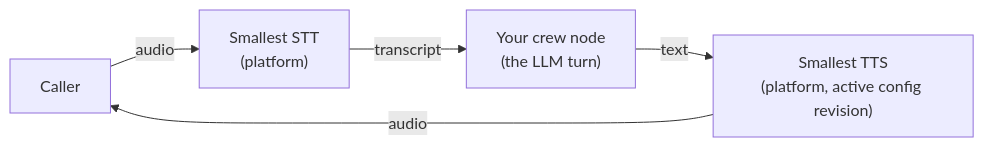
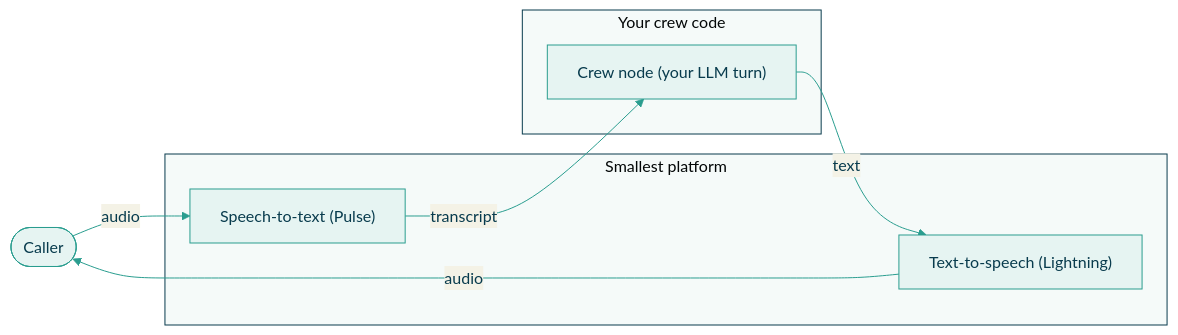
One commit to smallest-inc/smallest-ai-documentation changed the first of 2 diagrams in fern/products/atoms/pages/dev/introduction/overview.mdx. Above: the diagram before and after it, drawn with Mermaid. The commit also changed other lines of this file, not shown here.

First paragraph of the commit message:
docs(overview): add two themed mermaid diagrams
Replaces the earlier untitled linear-pipeline diagram at the top of
the page with two purpose-built diagrams, each placed under the
section it illustrates:

````diff
--- a/fern/products/atoms/pages/dev/introduction/overview.mdx
+++ b/fern/products/atoms/pages/dev/introduction/overview.mdx
@@ -10,11 +14,16 @@
 ```mermaid
-graph LR
-  Caller["Caller"]
-  STT["Smallest STT<br/>(platform)"]
-  Node["Your crew node<br/>(the LLM turn)"]
-  TTS["Smallest TTS<br/>(platform, active config revision)"]
-  Caller -->|audio| STT
-  STT -->|transcript| Node
-  Node -->|text| TTS
-  TTS -->|audio| Caller
+%%{init: {'theme':'base', 'themeVariables': {'primaryColor':'#e6f4f2','primaryBorderColor':'#2A9D8F','primaryTextColor':'#083b4d','lineColor':'#2A9D8F','clusterBkg':'#f5faf9','clusterBorder':'#083b4d','fontFamily':'Inter, system-ui, sans-serif'}}}%%
+flowchart LR
+    Caller(["Caller"])
+    subgraph Platform["Smallest platform"]
+        STT["Speech-to-text (Pulse)"]
+        TTS["Text-to-speech (Lightning)"]
+    end
+    subgraph Yours["Your crew code"]
+        Node["Crew node (your LLM turn)"]
+    end
+    Caller -->|audio| STT
+    STT -->|transcript| Node
+    Node -->|text| TTS
+    TTS -->|audio| Caller
 ```
````
